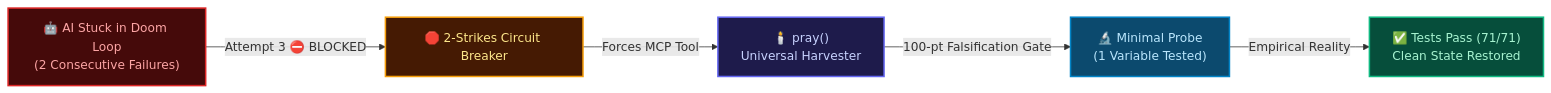
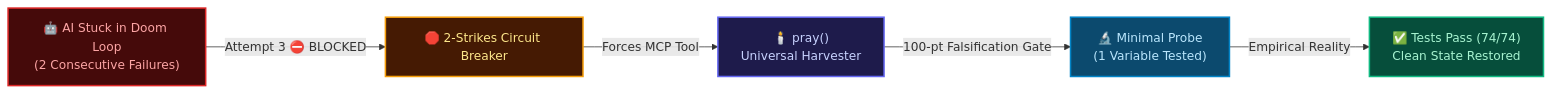
The diagram in README.md (HoangYell/ctrl-alt-pray), drawn with Mermaid before and after one commit. The commit also changed other lines of this file, not shown here.

````diff
--- a/README.md
+++ b/README.md
@@ -73,13 +73,13 @@
 ```mermaid
 flowchart LR
     A["🤖 AI Stuck in Doom Loop<br/>(2 Consecutive Failures)"] -->|"Attempt 3 ⛔ BLOCKED"| B["🛑 2-Strikes Circuit Breaker"]
     B -->|"Forces MCP Tool"| C["🕯️ pray()<br/>Universal Harvester"]
     C -->|"100-pt Falsification Gate"| D["🔬 Minimal Probe<br/>(1 Variable Tested)"]
-    D -->|"Empirical Reality"| E["✅ Tests Pass (71/71)<br/>Clean State Restored"]
+    D -->|"Empirical Reality"| E["✅ Tests Pass (74/74)<br/>Clean State Restored"]
 
     style A fill:#450a0a,stroke:#dc2626,stroke-width:2px,color:#fca5a5
     style B fill:#451a03,stroke:#f59e0b,stroke-width:2px,color:#fde68a
     style C fill:#1e1b4b,stroke:#6366f1,stroke-width:2px,color:#c7d2fe
     style D fill:#0c4a6e,stroke:#0284c7,stroke-width:2px,color:#bae6fd
     style E fill:#064e3b,stroke:#10b981,stroke-width:2px,color:#a7f3d0
 ```
````
